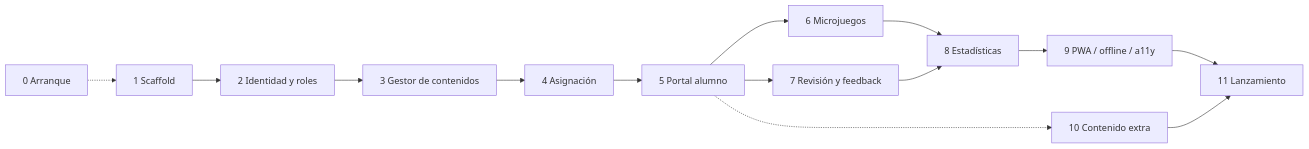
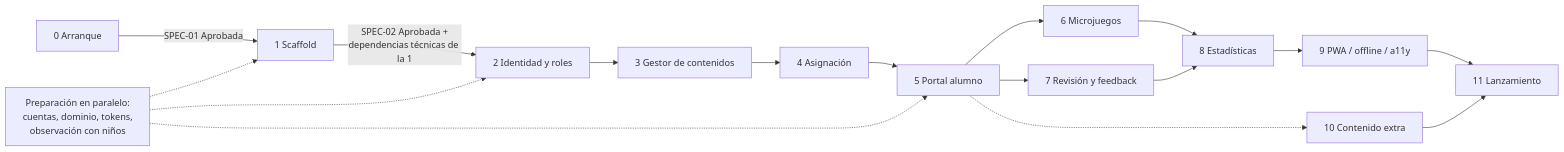
The diagram in planning/pbp-development.md (Samuel-Duque/englove), drawn with Mermaid before and after one commit. The commit also changed other lines of this file and 5 other files, not shown here.

````diff
--- a/planning/pbp-development.md
+++ b/planning/pbp-development.md
@@ -41,16 +43,19 @@
 ```mermaid
 flowchart LR
-  E0["0 Arranque"] -.-> E1
-  E1["1 Scaffold"] --> E2["2 Identidad y roles"]
+  E0["0 Arranque"] -- "SPEC-01 Aprobada" --> E1
+  E1["1 Scaffold"] -- "SPEC-02 Aprobada +<br/>dependencias técnicas de la 1" --> E2["2 Identidad y roles"]
+  P0["Preparación en paralelo:<br/>cuentas, dominio, tokens,<br/>observación con niños"] -.-> E1
+  P0 -.-> E2
+  P0 -.-> E5
   E2 --> E3["3 Gestor de contenidos"]
   E3 --> E4["4 Asignación"]
   E4 --> E5["5 Portal alumno"]
   E5 --> E6["6 Microjuegos"]
   E5 --> E7["7 Revisión y feedback"]
   E6 --> E8["8 Estadísticas"]
   E7 --> E8
   E8 --> E9["9 PWA / offline / a11y"]
   E5 -.-> E10["10 Contenido extra"]
   E9 --> E11["11 Lanzamiento"]
   E10 --> E11
 ```
````
